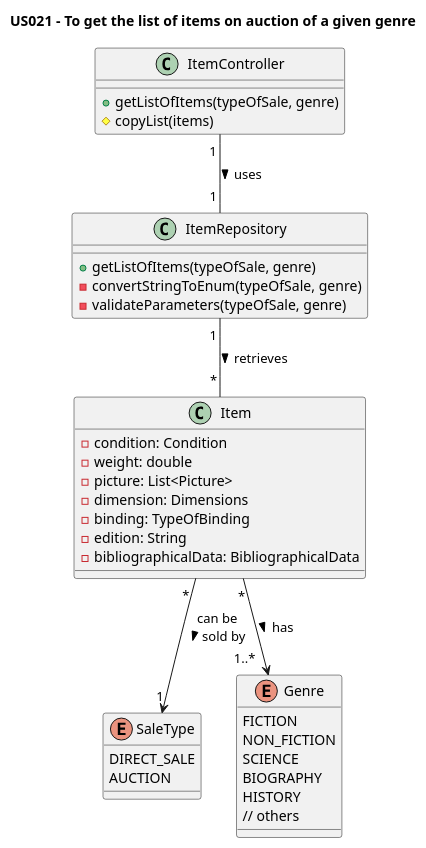
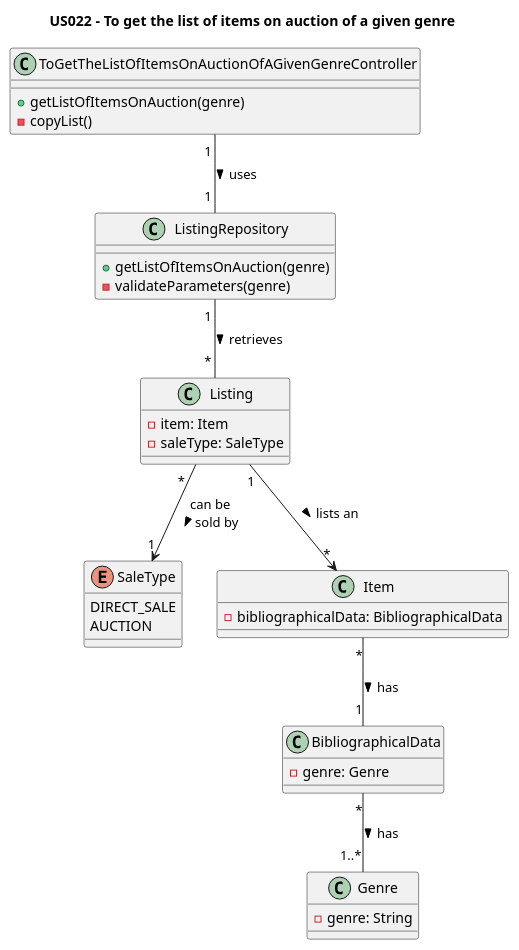
The diagram in Diagrams/ClassDiagrams/US022-to-get-the-list-of-items-on-auction-of-a-given-genre.puml (AndrePereiraGitH/SWitCH-Project-Team_A), drawn with PlantUML before and after one commit. The commit also changed 7 other files, not shown here.

```diff
--- a/Diagrams/ClassDiagrams/US022-to-get-the-list-of-items-on-auction-of-a-given-genre.puml
+++ b/Diagrams/ClassDiagrams/US022-to-get-the-list-of-items-on-auction-of-a-given-genre.puml
@@ -1,46 +1,45 @@
 @startuml
-title US021 - To get the list of items on auction of a given genre
+title US022 - To get the list of items on auction of a given genre
 
-class ItemController {
-  +getListOfItems(typeOfSale, genre)
-  #copyList(items)
+class ToGetTheListOfItemsOnAuctionOfAGivenGenreController {
+  +getListOfItemsOnAuction(genre)
+  -copyList()
 }
 
-class ItemRepository {
-  +getListOfItems(typeOfSale, genre)
-  -convertStringToEnum(typeOfSale, genre)
-  -validateParameters(typeOfSale, genre)
+class ListingRepository{
+  +getListOfItemsOnAuction(genre)
+  -validateParameters(genre)
 }
 
-class Item {
-  - condition: Condition
-  - weight: double
-  - picture: List<Picture>
-  - dimension: Dimensions
-  - binding: TypeOfBinding
-  - edition: String
-  - bibliographicalData: BibliographicalData
+class Listing {
+  - item: Item
+  - saleType: SaleType
 }
 
 enum SaleType {
     DIRECT_SALE
     AUCTION
 }
 
-enum Genre {
-    FICTION
-    NON_FICTION
-    SCIENCE
-    BIOGRAPHY
-    HISTORY
-    // others
+class Genre {
+    - genre: String
+}
+
+class Item {
+    - bibliographicalData: BibliographicalData
+}
+
+class BibliographicalData {
+    - genre: Genre
 }
 
 ' Interactions
 
-ItemController  "1 " -- "1 " ItemRepository : uses >
-ItemRepository "1 " -- " * " Item : retrieves >
-Item "                                *" --> "1" SaleType : can be\nsold by >
-Item "*"--> "1..*   " Genre : has >
+ToGetTheListOfItemsOnAuctionOfAGivenGenreController  "1 " -- "1 " ListingRepository : uses >
+ListingRepository "1 " -- " * " Listing : retrieves >
+Listing "                                *" --> "1" SaleType : can be\nsold by >
+Listing "1"--> "*" Item : lists an >
+Item "*" -- "1" BibliographicalData: has >
+BibliographicalData "*" -- "1..*" Genre: has >
 
 @enduml
```
